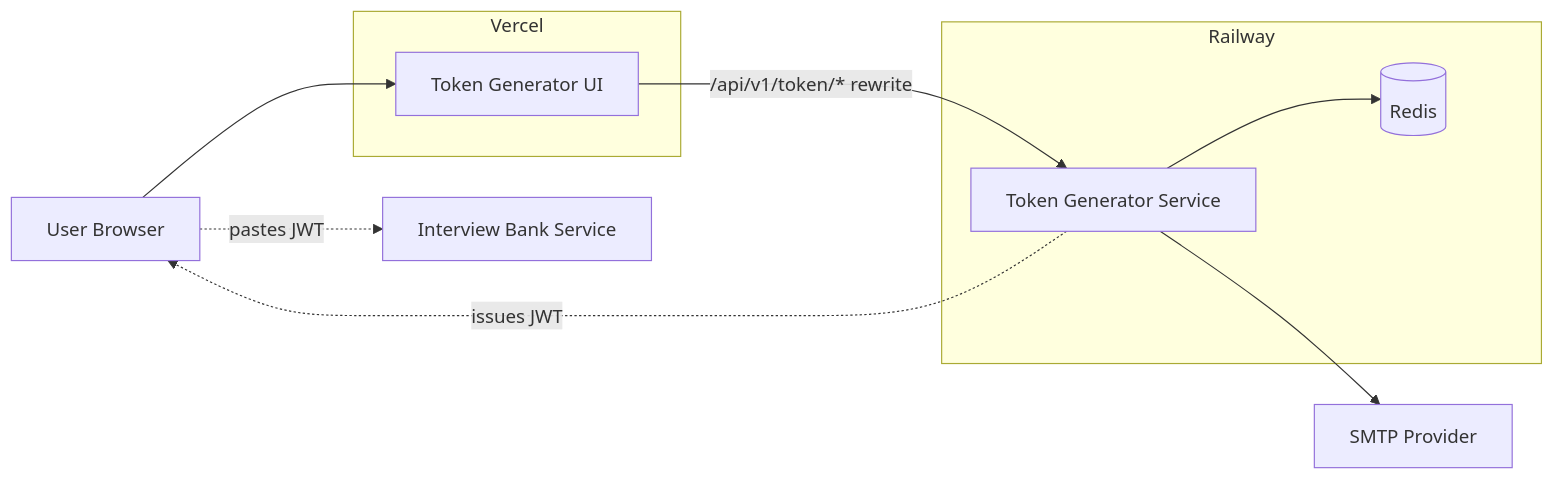
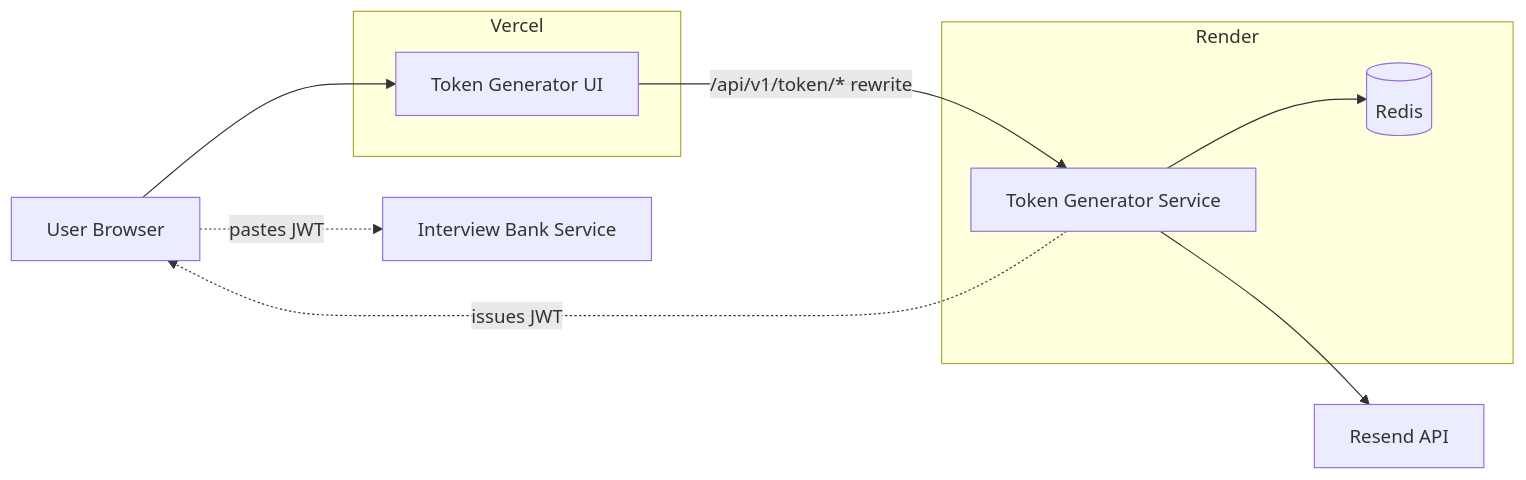
Before and after one commit to chiranjeev-21/Token-generator: the first of 3 diagrams in ARCHITECTURE.md, drawn with Mermaid. The commit also changed other lines of this file and 4 other files, not shown here.

Commit message:
Add documentation for the resend api migration from smtp

````diff
--- a/ARCHITECTURE.md
+++ b/ARCHITECTURE.md
@@ -19,23 +19,23 @@
 ```mermaid
 flowchart LR
     U[User Browser]
 
     subgraph Vercel
         UI[Token Generator UI]
     end
 
-    subgraph Railway
+    subgraph Render
         API[Token Generator Service]
         RD[(Redis)]
     end
 
-    SMTP[SMTP Provider]
+    RESEND[Resend API]
     IB[Interview Bank Service]
 
     U --> UI
     UI -->|/api/v1/token/* rewrite| API
     API --> RD
-    API --> SMTP
+    API --> RESEND
     API -. issues JWT .-> U
     U -. pastes JWT .-> IB
 ```
````
